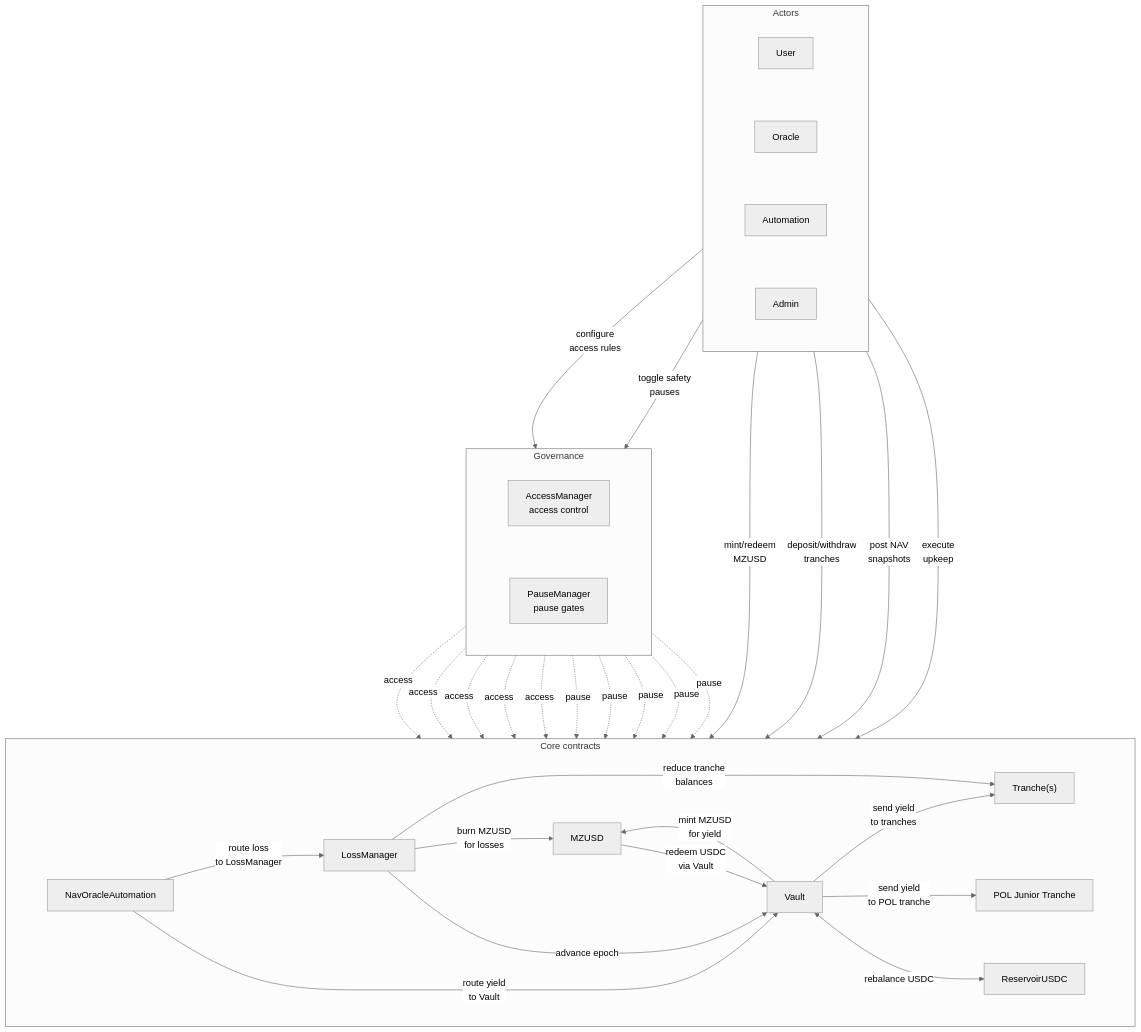
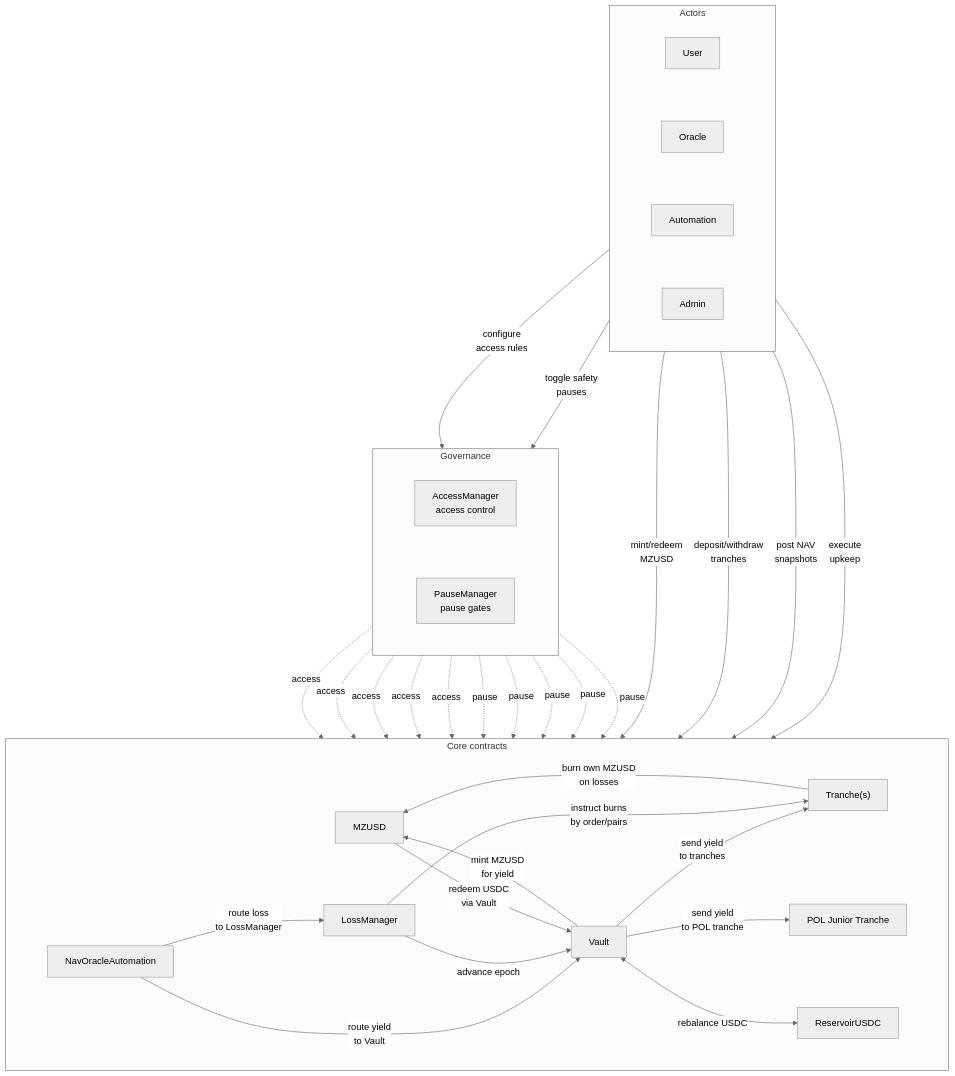
Before and after one commit to mezzanine-finance/smart-contracts: the first of 7 diagrams in documentation/protocol-diagrams.md, drawn with Mermaid (neutral theme). The commit also changed other lines of this file and 7 other files, not shown here.

````diff
--- a/documentation/protocol-diagrams.md
+++ b/documentation/protocol-diagrams.md
@@ -7,55 +7,55 @@
 ```mermaid
 %%{init: {'flowchart': {'nodeSpacing': 90, 'rankSpacing': 120}}}%%
 flowchart TB
   subgraph Actors
     direction LR
     User[User]
     Oracle[Oracle]
     Automation[Automation]
     Admin[Admin]
   end
 
   subgraph CoreContracts["Core contracts"]
     direction LR
     MZUSD[MZUSD]
     Vault[Vault]
     Tranches["Tranche(s)"]
     PolJunior[POL Junior Tranche]
     Reservoir[ReservoirUSDC]
     LossManager[LossManager]
     NavAuto[NavOracleAutomation]
   end
 
   subgraph Governance
     direction LR
     Access["AccessManager<br/>access control"]
     Pause["PauseManager<br/>pause gates"]
   end
 
   User -->|mint/redeem<br/>MZUSD| MZUSD
   User -->|deposit/withdraw<br/>tranches| Tranches
   Oracle -->|post NAV<br/>snapshots| NavAuto
   Automation -->|execute<br/>upkeep| NavAuto
   NavAuto -->|route yield<br/>to Vault| Vault
   NavAuto -->|route loss<br/>to LossManager| LossManager
   LossManager -->|advance epoch| Vault
   Vault -->|mint MZUSD<br/>for yield| MZUSD
   MZUSD -->|redeem USDC<br/>via Vault| Vault
   Vault -->|send yield<br/>to tranches| Tranches
   Vault -->|send yield<br/>to POL tranche| PolJunior
-  LossManager -->|burn MZUSD<br/>for losses| MZUSD
-  LossManager -->|reduce tranche<br/>balances| Tranches
+  LossManager -->|instruct burns<br/>by order/pairs| Tranches
+  Tranches -->|burn own MZUSD<br/>on losses| MZUSD
   Vault <--> |rebalance USDC| Reservoir
   Admin -->|configure<br/>access rules| Access
   Admin -->|toggle safety<br/>pauses| Pause
   Access -.->|access| Vault
   Access -.->|access| Tranches
   Access -.->|access| MZUSD
   Access -.->|access| LossManager
   Access -.->|access| Reservoir
   Pause -.->|pause| Vault
   Pause -.->|pause| Tranches
   Pause -.->|pause| MZUSD
   Pause -.->|pause| LossManager
   Pause -.->|pause| Reservoir
 ```
````
